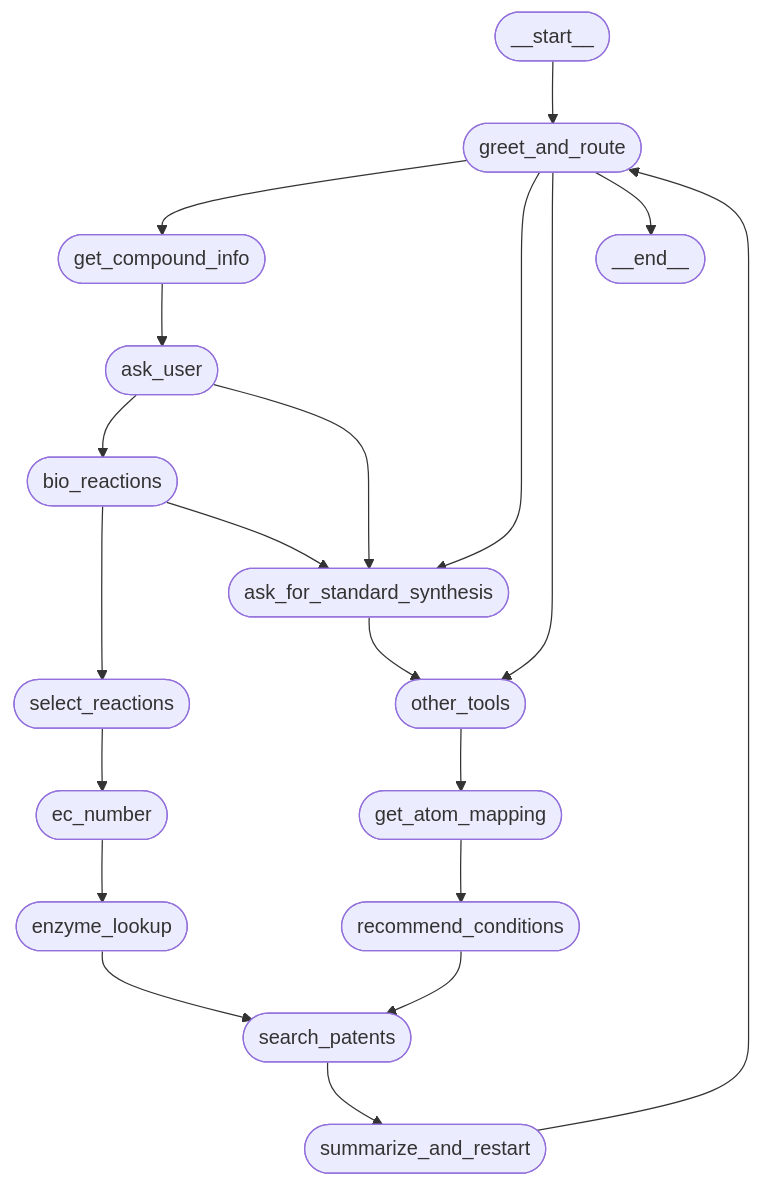
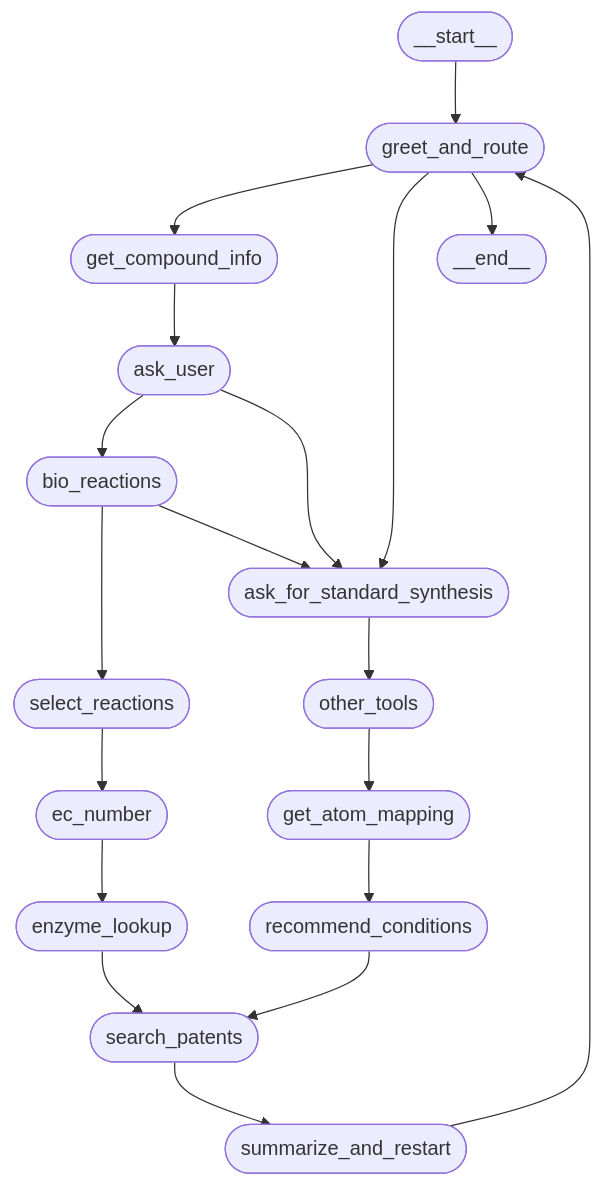
One commit to RohiniShankari/Hackathon_june25 changed the diagram in synagent/README.md. Above: the diagram before and after it, drawn with Mermaid.

Commit message:
added README in synagent

````diff
--- a/synagent/README.md
+++ b/synagent/README.md
@@ -49,46 +49,45 @@
 ```mermaid
 flowchart TD
     start_node(["__start__"])
     end_node(["__end__"])
 
     greet_and_route(["greet_and_route"])
     get_compound_info(["get_compound_info"])
     ask_user(["ask_user"])
     bio_reactions(["bio_reactions"])
     select_reactions(["select_reactions"])
     ec_number(["ec_number"])
     enzyme_lookup(["enzyme_lookup"])
     ask_for_standard_synthesis(["ask_for_standard_synthesis"])
     other_tools(["other_tools"])
     get_atom_mapping(["get_atom_mapping"])
     recommend_conditions(["recommend_conditions"])
     search_patents(["search_patents"])
     summarize_and_restart(["summarize_and_restart"])
 
     start_node --> greet_and_route
     greet_and_route --> get_compound_info
     greet_and_route --> ask_for_standard_synthesis
-    greet_and_route --> other_tools
     greet_and_route --> end_node
 
     get_compound_info --> ask_user
     ask_user --> bio_reactions
     bio_reactions --> select_reactions
     select_reactions --> ec_number
     ec_number --> enzyme_lookup
     enzyme_lookup --> search_patents
 
     bio_reactions --> ask_for_standard_synthesis
     ask_user --> ask_for_standard_synthesis
 
     other_tools --> get_atom_mapping
     get_atom_mapping --> recommend_conditions
     recommend_conditions --> search_patents
 
     ask_for_standard_synthesis --> other_tools
 
     search_patents --> summarize_and_restart
     summarize_and_restart --> greet_and_route
 
 
 ```
````
